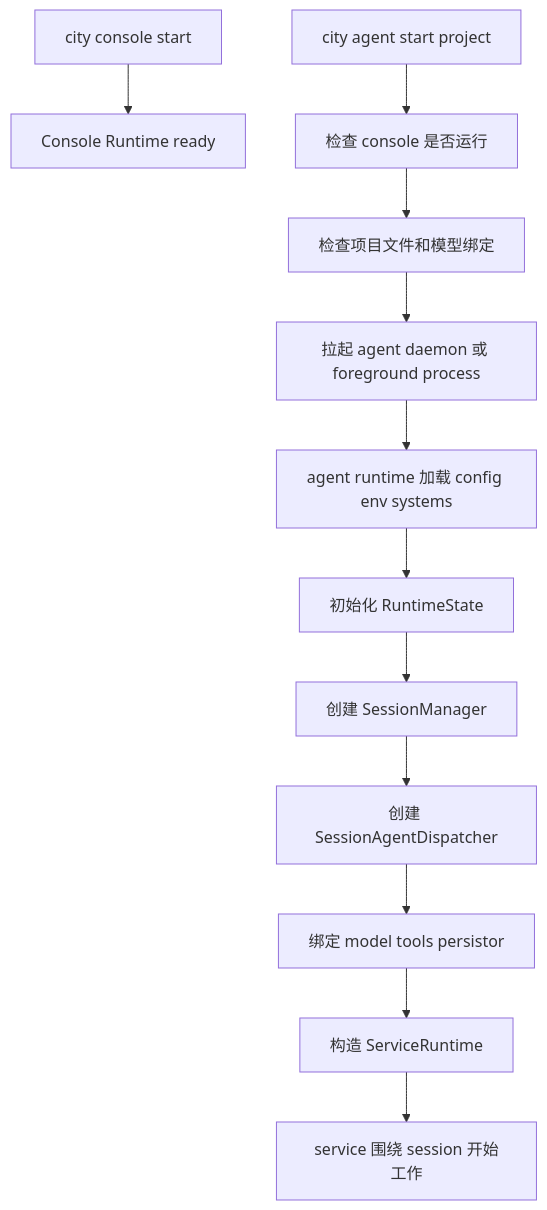
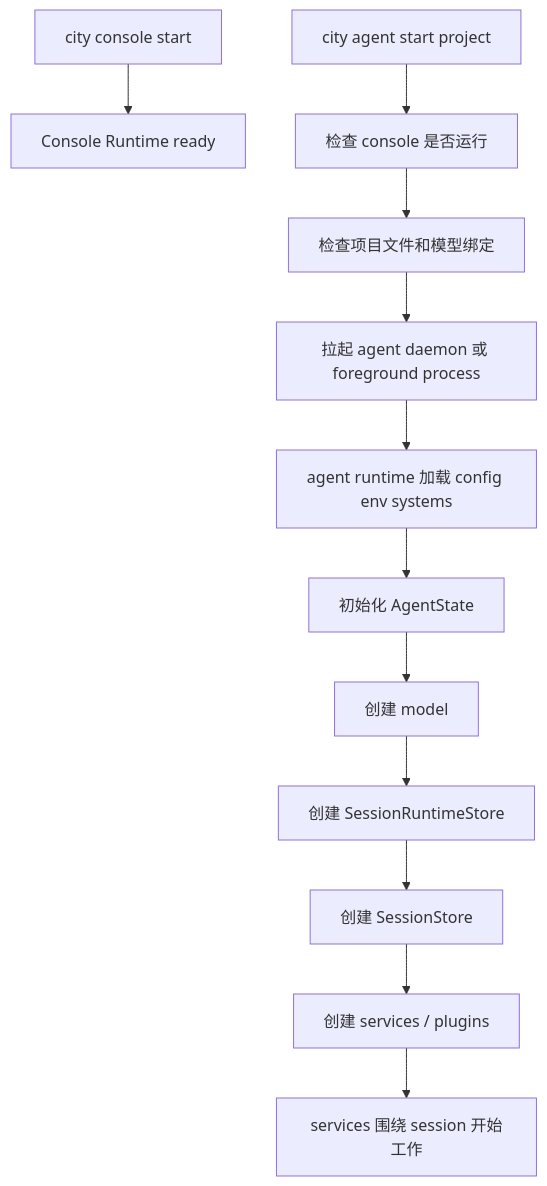
The second of 3 diagrams in homepage/content/devdocs/zh/session/console-and-session-runtime.mdx (wangenius/downcity), drawn with Mermaid before and after one commit. The commit also changed other lines of this file and 37 other files, not shown here.

````diff
--- a/homepage/content/devdocs/zh/session/console-and-session-runtime.mdx
+++ b/homepage/content/devdocs/zh/session/console-and-session-runtime.mdx
@@ -195,14 +180,14 @@
 ```mermaid
 flowchart TD
   A["city console start"] --> B["Console Runtime ready"]
   C["city agent start project"] --> D["检查 console 是否运行"]
   D --> E["检查项目文件和模型绑定"]
   E --> F["拉起 agent daemon 或 foreground process"]
   F --> G["agent runtime 加载 config env systems"]
-  G --> H["初始化 RuntimeState"]
-  H --> I["创建 SessionManager"]
-  I --> J["创建 SessionAgentDispatcher"]
-  J --> K["绑定 model tools persistor"]
-  K --> L["构造 ServiceRuntime"]
-  L --> M["service 围绕 session 开始工作"]
+  G --> H["初始化 AgentState"]
+  H --> I["创建 model"]
+  I --> J["创建 SessionRuntimeStore"]
+  J --> K["创建 SessionStore"]
+  K --> L["创建 services / plugins"]
+  L --> M["services 围绕 session 开始工作"]
 ```
````
